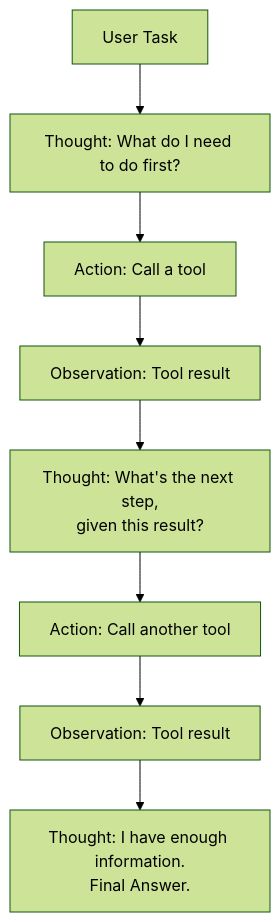
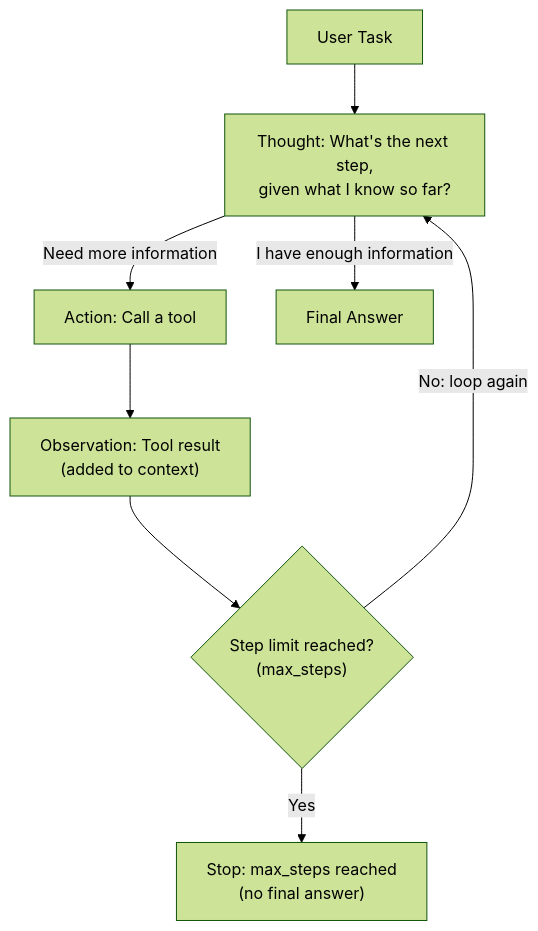
One commit to nitishnarayan01/ai-tpm-learning-hub-nnv changed the diagram in phases/06-ai-agents/01-react-reasoning-and-acting/docs/en.md. Above: the diagram before and after it, drawn with Mermaid (forest theme). The commit also changed 20 other files, not shown here.

First line of the commit message:
Add interactive Archify diagrams to six lessons

````diff
--- a/phases/06-ai-agents/01-react-reasoning-and-acting/docs/en.md
+++ b/phases/06-ai-agents/01-react-reasoning-and-acting/docs/en.md
@@ -25,10 +25,10 @@
 ```mermaid
 graph TD
-    Start["User Task"] --> Thought1["Thought: What do I need to do first?"]
-    Thought1 --> Action1["Action: Call a tool"]
-    Action1 --> Obs1["Observation: Tool result"]
-    Obs1 --> Thought2["Thought: What's the next step,<br/>given this result?"]
-    Thought2 --> Action2["Action: Call another tool"]
-    Action2 --> Obs2["Observation: Tool result"]
-    Obs2 --> Final["Thought: I have enough information.<br/>Final Answer."]
+    Start["User Task"] --> Thought["Thought: What's the next step,<br/>given what I know so far?"]
+    Thought -->|"Need more information"| Action["Action: Call a tool"]
+    Action --> Obs["Observation: Tool result<br/>(added to context)"]
+    Obs --> Check{"Step limit reached?<br/>(max_steps)"}
+    Check -->|"No: loop again"| Thought
+    Check -->|"Yes"| Stop["Stop: max_steps reached<br/>(no final answer)"]
+    Thought -->|"I have enough information"| Final["Final Answer"]
 ```
````
